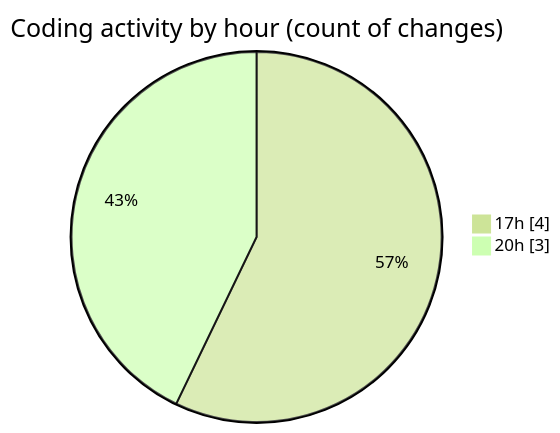
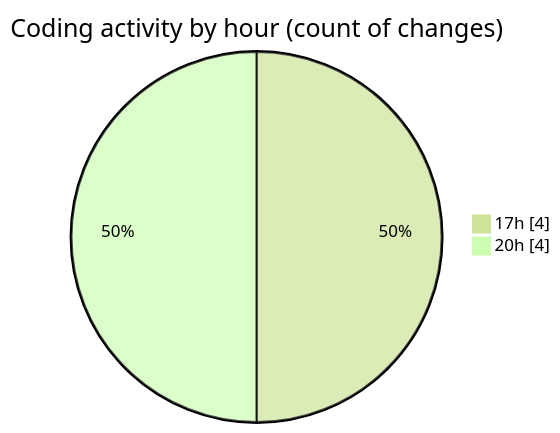
One commit to idhammustaqopulfikri/code-tracking changed the second of 2 diagrams in 2025-05-16/booking/README.md. Above: the diagram before and after it, drawn with Mermaid (forest theme). The commit also changed other lines of this file and 1 other file, not shown here.

````diff
--- a/2025-05-16/booking/README.md
+++ b/2025-05-16/booking/README.md
@@ -32,6 +33,6 @@
 ```mermaid
 pie showData
 title Coding activity by hour (count of changes)
 "17h" : 4
-"20h" : 3
+"20h" : 4
 ```
````
